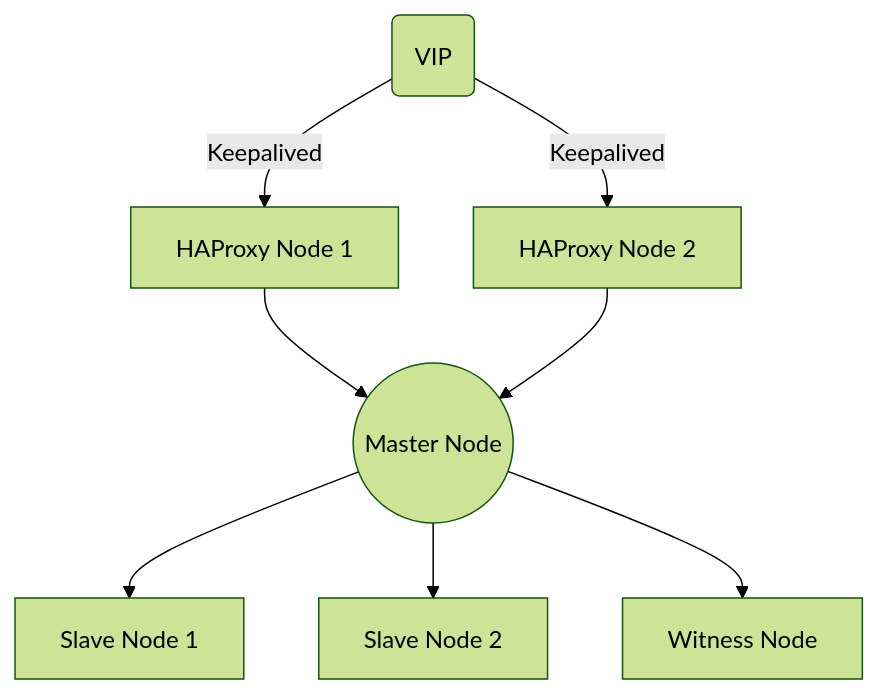
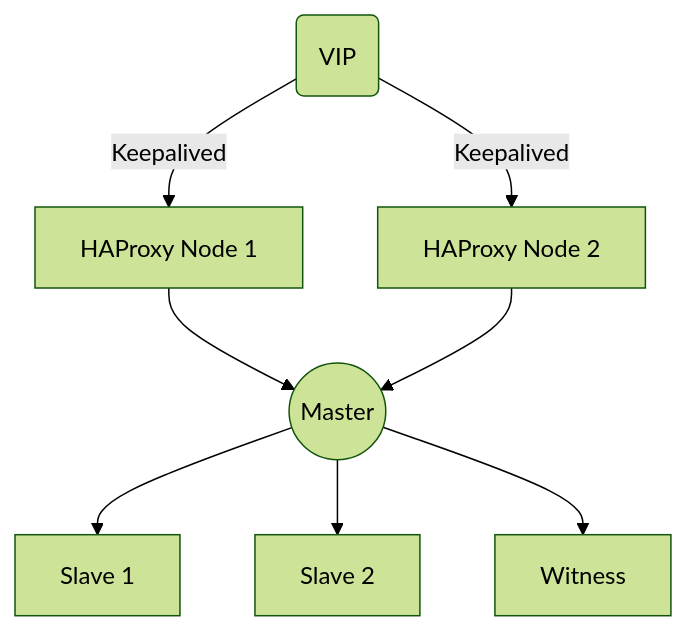
One commit to FreemanKevin/DockyCluster changed the diagram in Readme.md. Above: the diagram before and after it, drawn with Mermaid (forest theme). The commit also changed other lines of this file, not shown here.

````diff
--- a/Readme.md
+++ b/Readme.md
@@ -164,11 +36,10 @@
 ```mermaid
 graph TB
     VIP(VIP) -->|Keepalived| LB1[HAProxy Node 1]
     VIP -->|Keepalived| LB2[HAProxy Node 2]
-
-    LB1 --> Master((Master Node))
+    LB1 --> Master((Master))
     LB2 --> Master
-    Master --> Slave1[Slave Node 1]
-    Master --> Slave2[Slave Node 2]
-    Master --> Witness[Witness Node]
+    Master --> Slave1[Slave 1]
+    Master --> Slave2[Slave 2]
+    Master --> Witness[Witness]
 ```
````
